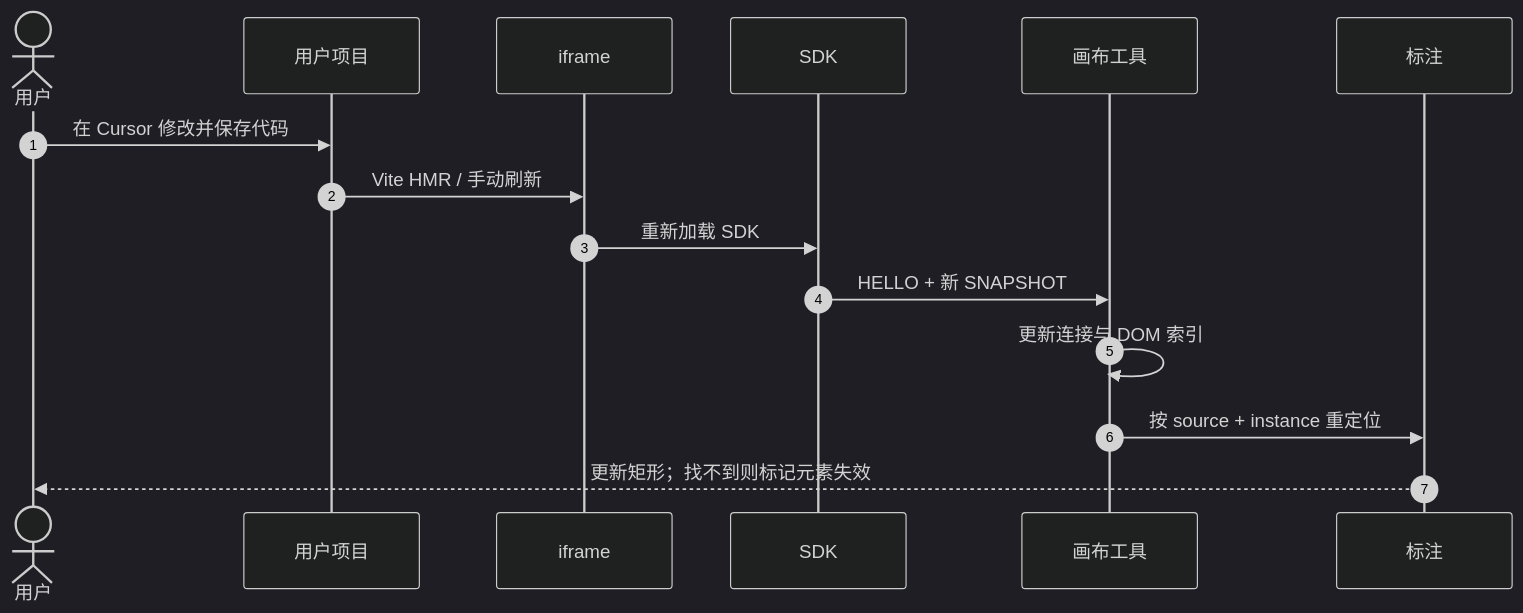
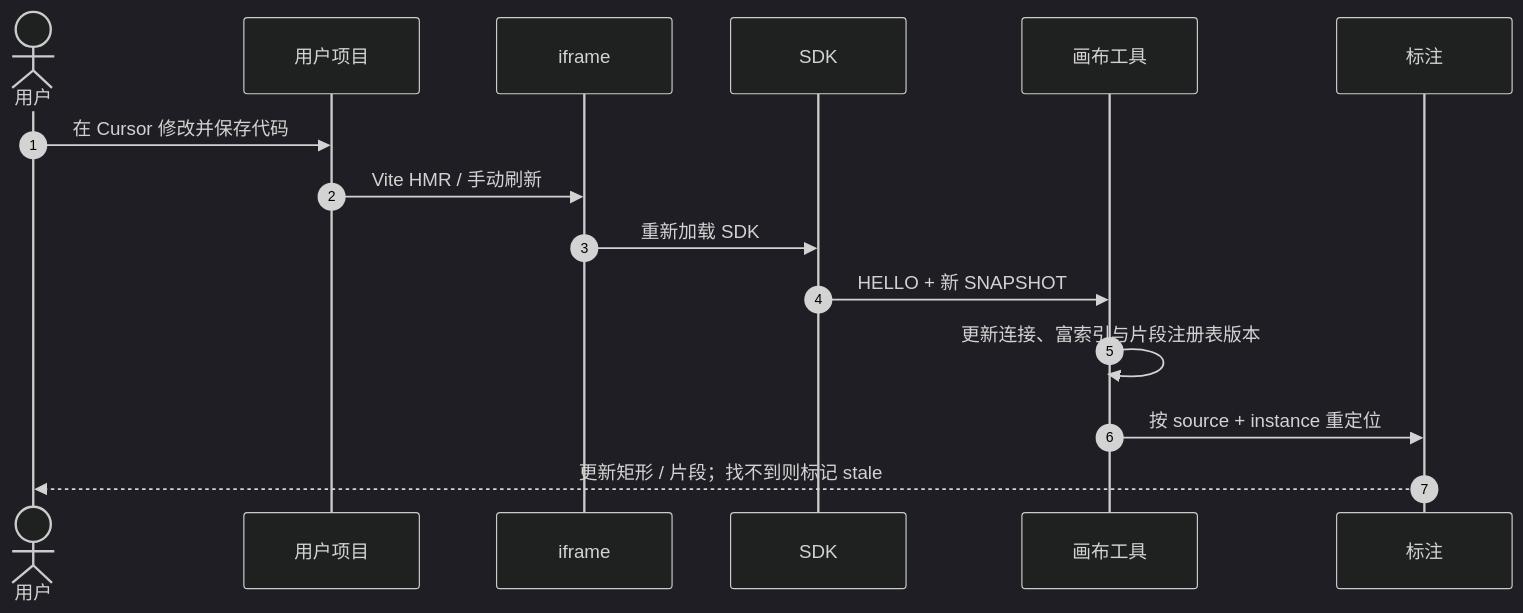
Before and after one commit to Cai199999/vibe-app: the fifth of 5 diagrams in docs/design/01.功能模块梳理.md, drawn with Mermaid (dark theme). The commit also changed other lines of this file and 5 other files, not shown here.

````diff
--- a/docs/design/01.功能模块梳理.md
+++ b/docs/design/01.功能模块梳理.md
@@ -559,18 +632,18 @@
 ```mermaid
 sequenceDiagram
     autonumber
     actor U as 用户
     participant P as 用户项目
     participant F as iframe
     participant S as SDK
     participant H as 画布工具
     participant A as 标注
 
     U->>P: 在 Cursor 修改并保存代码
     P->>F: Vite HMR / 手动刷新
     F->>S: 重新加载 SDK
     S->>H: HELLO + 新 SNAPSHOT
-    H->>H: 更新连接与 DOM 索引
+    H->>H: 更新连接、富索引与片段注册表版本
     H->>A: 按 source + instance 重定位
-    A-->>U: 更新矩形；找不到则标记元素失效
+    A-->>U: 更新矩形 / 片段；找不到则标记 stale
 ```
````
